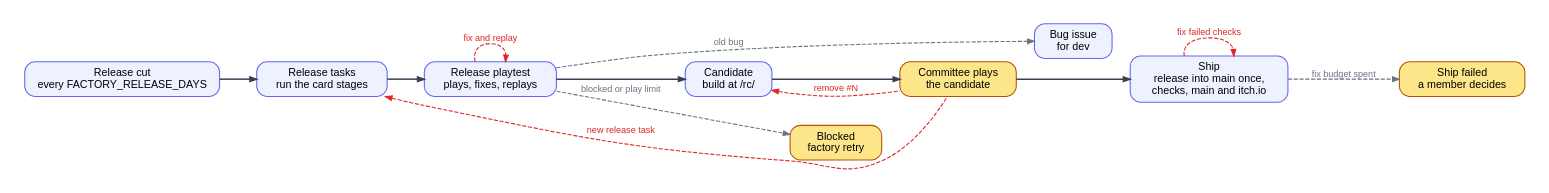
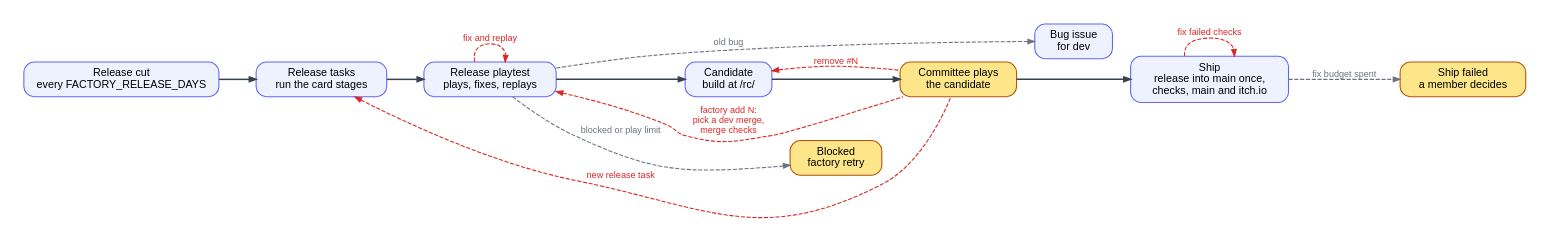
Before and after one commit to ROAM-game-org/road-machiners: the diagram in factory/docs/diagrams/release.dot, drawn with Graphviz. The commit also changed 22 other files, not shown here.

Commit message:
factory add N brings an approved dev issue into the open release through the merge checks

```diff
--- a/factory/docs/diagrams/release.dot
+++ b/factory/docs/diagrams/release.dot
@@ -1,20 +1,21 @@
 // Release. Black: normal path. Red: loops back. Grey: stops the flow. Yellow: waits for people.
 digraph release {
   rankdir=LR; nodesep=0.3; ranksep=0.6; bgcolor=white; pad=0.3;
   node [shape=box, style="rounded,filled", fillcolor="#eef2ff", color="#6366f1", fontname="Helvetica", fontsize=13, margin="0.2,0.1", penwidth=1.3, width=1.3];
   edge [color="#374151", penwidth=1.8, arrowsize=0.8, fontname="Helvetica", fontsize=11];
   C [label="Release cut\nevery FACTORY_RELEASE_DAYS"]; T [label="Release tasks\nrun the card stages"]; G [label="Release playtest\nplays, fixes, replays"]; B [label="Candidate\nbuild at /rc/"];
   P [label="Committee plays\nthe candidate", fillcolor="#fde68a", color="#b45309"]; S [label="Ship\nrelease into main once,\nchecks, main and itch.io"];
   BL [label="Blocked\nfactory retry", fillcolor="#fde68a", color="#b45309"]; D [label="Bug issue\nfor dev"]; SB [label="Ship failed\na member decides", fillcolor="#fde68a", color="#b45309"];
   C -> T -> G -> B -> P -> S [weight=100];
   edge [color="#dc2626", fontcolor="#dc2626", style=dashed, penwidth=1.3, dir=back, weight=0];
   T -> P [label="new release task"];
   B -> P [label="remove #N"];
+  G -> P [label="factory add N:\npick a dev merge,\nmerge checks"];
   edge [color="#dc2626", fontcolor="#dc2626", style=dashed, penwidth=1.3, dir=forward, weight=0];
   G -> G [label="fix and replay"];
   S -> S [label="fix failed checks"];
   edge [color="#6b7280", fontcolor="#6b7280", style=dashed, penwidth=1.3, dir=forward, weight=0];
   G -> BL [label="blocked or play limit"];
   G -> D [label="old bug"];
   S -> SB [label="fix budget spent"];
 }
```
